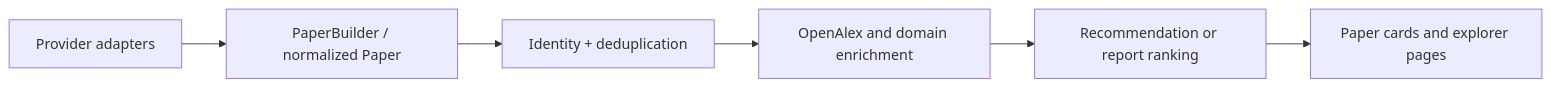
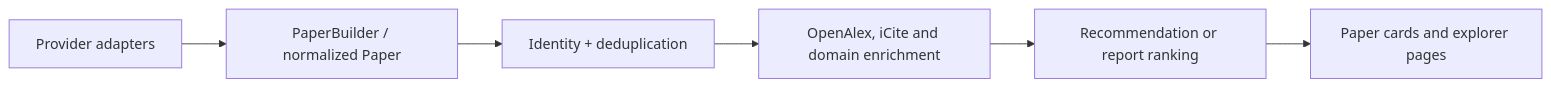
Before and after one commit to mugar123/PaperTok: the second of 2 diagrams in docs/ARCHITECTURE.md, drawn with Mermaid. The commit also changed other lines of this file and 18 other files, not shown here.

Commit message:
Add OpenReview, iCite, and Hugging Face integrations

````diff
--- a/docs/ARCHITECTURE.md
+++ b/docs/ARCHITECTURE.md
@@ -43,8 +43,8 @@
 ```mermaid
 flowchart LR
     A["Provider adapters"] --> N["PaperBuilder / normalized Paper"]
     N --> D["Identity + deduplication"]
-    D --> X["OpenAlex and domain enrichment"]
+    D --> X["OpenAlex, iCite and domain enrichment"]
     X --> R["Recommendation or report ranking"]
     R --> C["Paper cards and explorer pages"]
 ```
````
